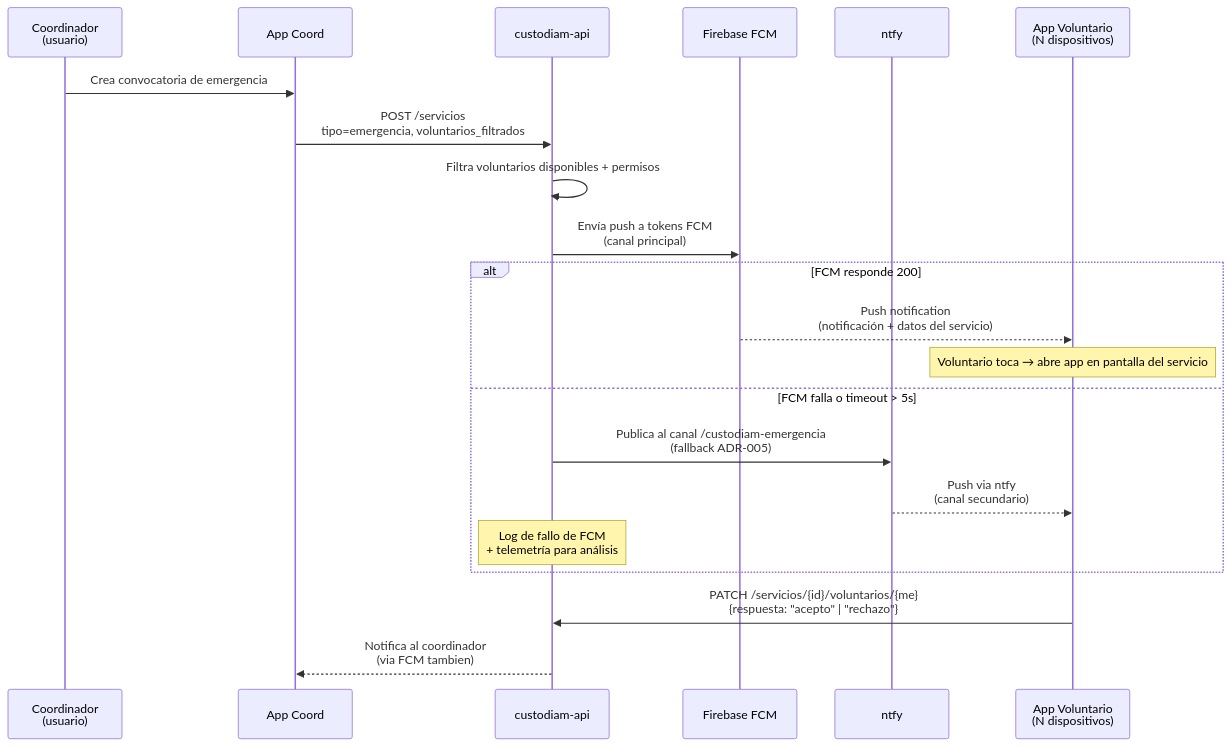
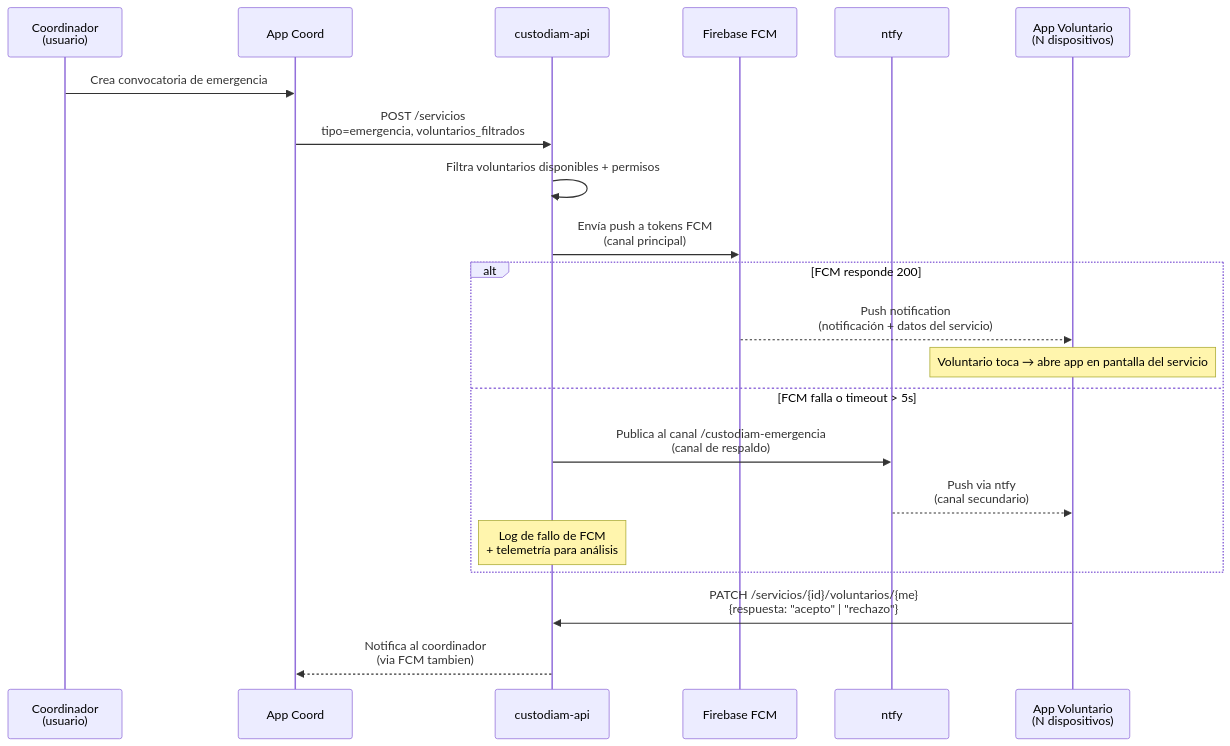
Before and after one commit to custodiam/custodiam-book: the fourth of 5 diagrams in docs/arquitectura/diagramas.md, drawn with Mermaid. The commit also changed 11 other files, not shown here.

````diff
--- a/docs/arquitectura/diagramas.md
+++ b/docs/arquitectura/diagramas.md
@@ -124,26 +124,26 @@
 ```mermaid
 sequenceDiagram
     participant Coord as Coordinador<br/>(usuario)
     participant App as App Coord
     participant API as custodiam-api
     participant FCM as Firebase FCM
     participant NTFY as ntfy
     participant Volunt as App Voluntario<br/>(N dispositivos)
 
     Coord->>App: Crea convocatoria de emergencia
     App->>API: POST /servicios<br/>tipo=emergencia, voluntarios_filtrados
     API->>API: Filtra voluntarios disponibles + permisos
     API->>FCM: Envía push a tokens FCM<br/>(canal principal)
 
     alt FCM responde 200
         FCM-->>Volunt: Push notification<br/>(notificación + datos del servicio)
         Note over Volunt: Voluntario toca → abre app en pantalla del servicio
     else FCM falla o timeout > 5s
-        API->>NTFY: Publica al canal /custodiam-emergencia<br/>(fallback ADR-005)
+        API->>NTFY: Publica al canal /custodiam-emergencia<br/>(canal de respaldo)
         NTFY-->>Volunt: Push via ntfy<br/>(canal secundario)
         Note over API: Log de fallo de FCM<br/>+ telemetría para análisis
     end
 
     Volunt->>API: PATCH /servicios/{id}/voluntarios/{me}<br/>{respuesta: "acepto" | "rechazo"}
     API-->>App: Notifica al coordinador<br/>(via FCM tambien)
 ```
````
